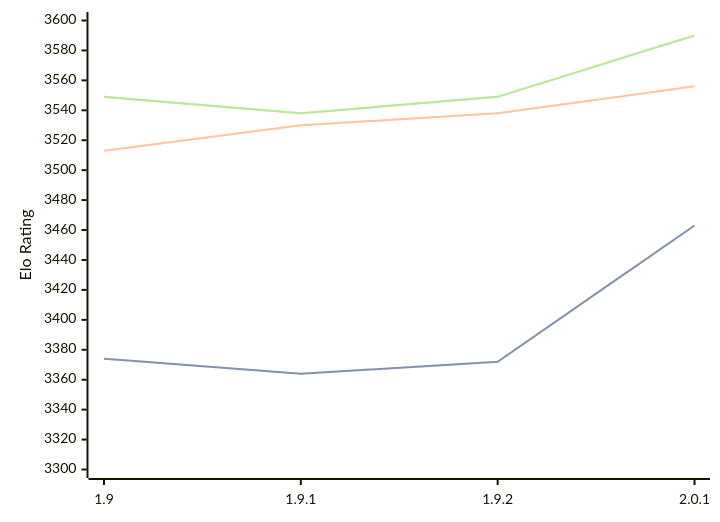
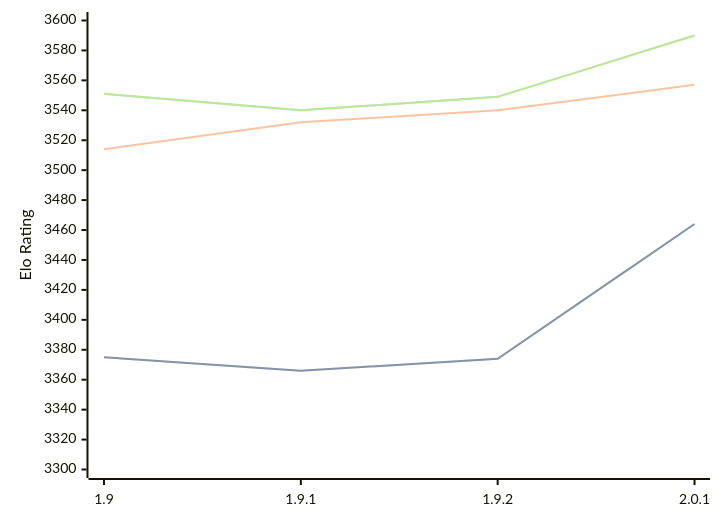
One commit to computer-chess-index/cci changed the diagram in engines/Pawnocchio.md. Above: the diagram before and after it, drawn with Mermaid. The commit also changed other lines of this file, not shown here.

Commit message:
Update CCI Ratings (ELO VLTC) - 2026-08-26

````diff
--- a/engines/Pawnocchio.md
+++ b/engines/Pawnocchio.md
@@ -36,11 +36,11 @@
 ```mermaid
 %%{init: {"theme":"base","themeVariables":{"seriesColors:['#a3a3a3','#222221','#faa371']}}}%%
 xychart-beta
   x-axis ["1.9", "1.9.1", "1.9.2", "2.0.1"]
   y-axis "Elo Rating" 3300 --> 3600
-  line "STC (8.0+0.08s)" [3374, 3364, 3372, 3463]
-  line "STC (8.0+0.08s)" [3374, 3364, 3372, 3463]
-  line "LTC (60.0+0.60s)" [3513, 3530, 3538, 3556]
-  line "VLTC (2m24s+1.12s)" [3549, 3538, 3549, 3590]
-  line "VLTC (2m24s+1.12s)" [3549, 3538, 3549, 3590]
+  line "STC (8.0+0.08s)" [3375, 3366, 3374, 3464]
+  line "STC (8.0+0.08s)" [3375, 3366, 3374, 3464]
+  line "LTC (60.0+0.60s)" [3514, 3532, 3540, 3557]
+  line "VLTC (2m24s+1.12s)" [3551, 3540, 3549, 3590]
+  line "VLTC (2m24s+1.12s)" [3551, 3540, 3549, 3590]
 ```
````
